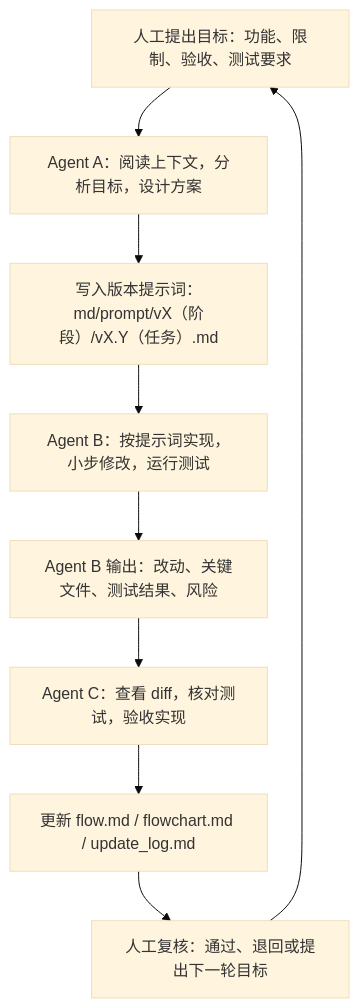
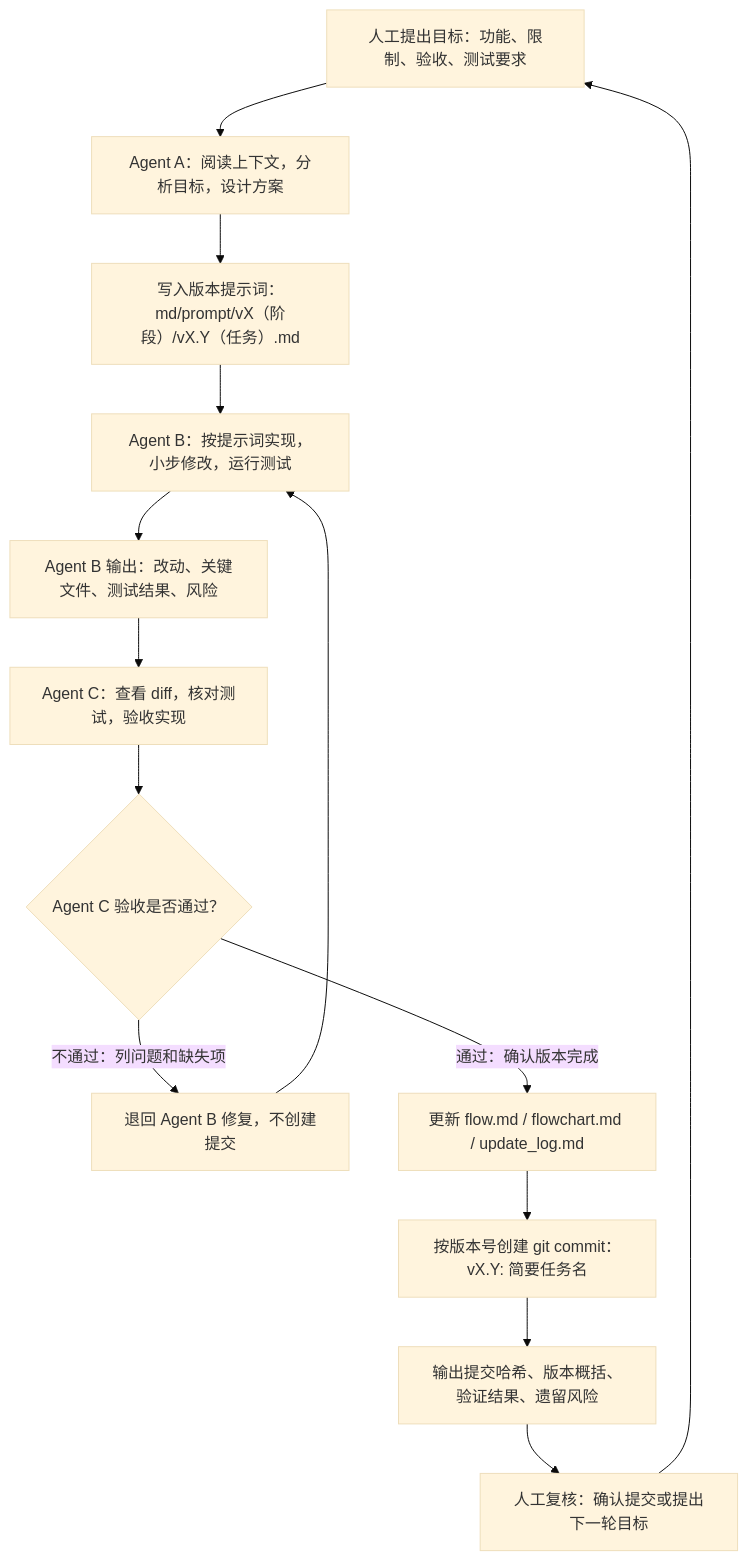
Before and after one commit to Altman-sam114/118: the fourth of 5 diagrams in md/flow/flowchart.md, drawn with Mermaid (base theme). The commit also changed other lines of this file and 6 other files, not shown here.

````diff
--- a/md/flow/flowchart.md
+++ b/md/flow/flowchart.md
@@ -76,11 +76,16 @@
 ```mermaid
 flowchart TD
   H["人工提出目标：功能、限制、验收、测试要求"] --> A1["Agent A：阅读上下文，分析目标，设计方案"]
   A1 --> P["写入版本提示词：md/prompt/vX（阶段）/vX.Y（任务）.md"]
   P --> B1["Agent B：按提示词实现，小步修改，运行测试"]
   B1 --> R["Agent B 输出：改动、关键文件、测试结果、风险"]
   R --> C1["Agent C：查看 diff，核对测试，验收实现"]
-  C1 --> F["更新 flow.md / flowchart.md / update_log.md"]
-  F --> H2["人工复核：通过、退回或提出下一轮目标"]
+  C1 --> D{"Agent C 验收是否通过？"}
+  D -- "不通过：列问题和缺失项" --> FB["退回 Agent B 修复，不创建提交"]
+  FB --> B1
+  D -- "通过：确认版本完成" --> F["更新 flow.md / flowchart.md / update_log.md"]
+  F --> G["按版本号创建 git commit：vX.Y: 简要任务名"]
+  G --> S["输出提交哈希、版本概括、验证结果、遗留风险"]
+  S --> H2["人工复核：确认提交或提出下一轮目标"]
   H2 --> H
 ```
````
